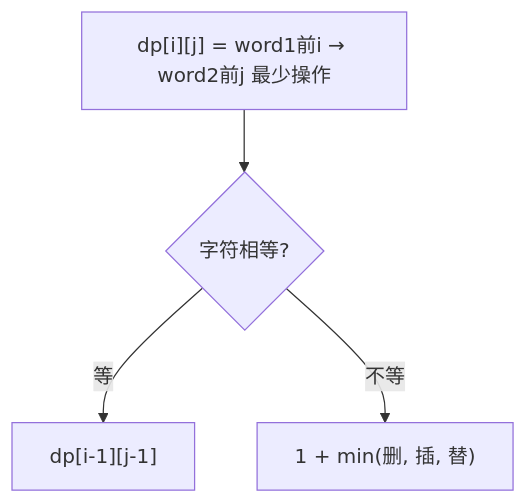
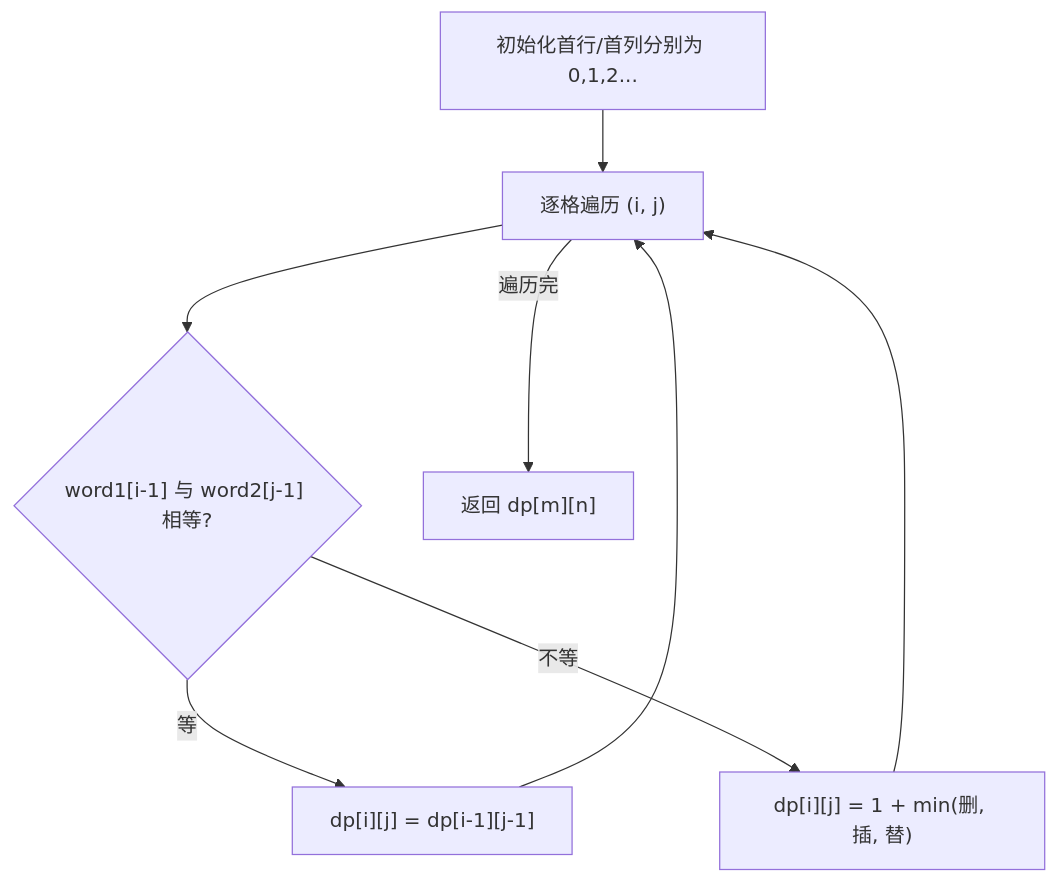
Before and after one commit to OctalZero/hot100-py: the first of 2 diagrams in 17-多维动态规划/0072-编辑距离.md, drawn with Mermaid. The commit also changed other lines of this file and 117 other files, not shown here.

First line of the commit message:
feat: 全题解配图升级为「动画式 mermaid」（总览骨架 + 横向时间线逐步推演）

````diff
--- a/17-多维动态规划/0072-编辑距离.md
+++ b/17-多维动态规划/0072-编辑距离.md
@@ -25,6 +25,10 @@
 ```mermaid
 flowchart TD
-    A["dp[i][j] = word1前i → word2前j 最少操作"] --> B{"字符相等?"}
-    B -- "等" --> C["dp[i-1][j-1]"]
-    B -- "不等" --> D["1 + min(删, 插, 替)"]
+    A["初始化首行/首列分别为 0,1,2..."] --> B["逐格遍历 (i, j)"]
+    B --> C{"word1[i-1] 与 word2[j-1] 相等?"}
+    C -->|"等"| D["dp[i][j] = dp[i-1][j-1]"]
+    C -->|"不等"| E["dp[i][j] = 1 + min(删, 插, 替)"]
+    D --> B
+    E --> B
+    B -->|"遍历完"| F["返回 dp[m][n]"]
 ```
````
